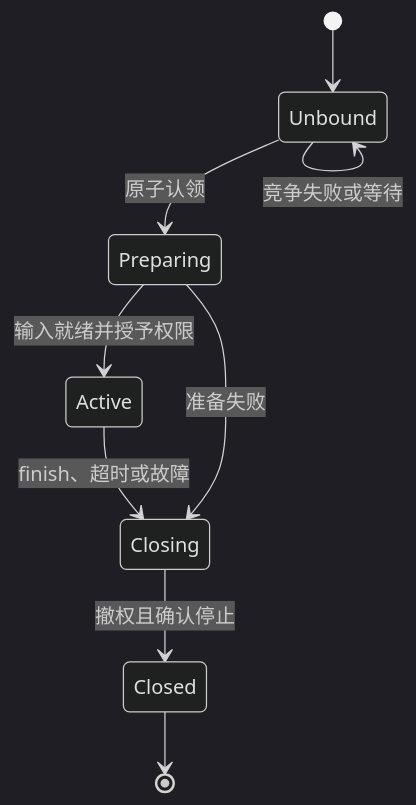
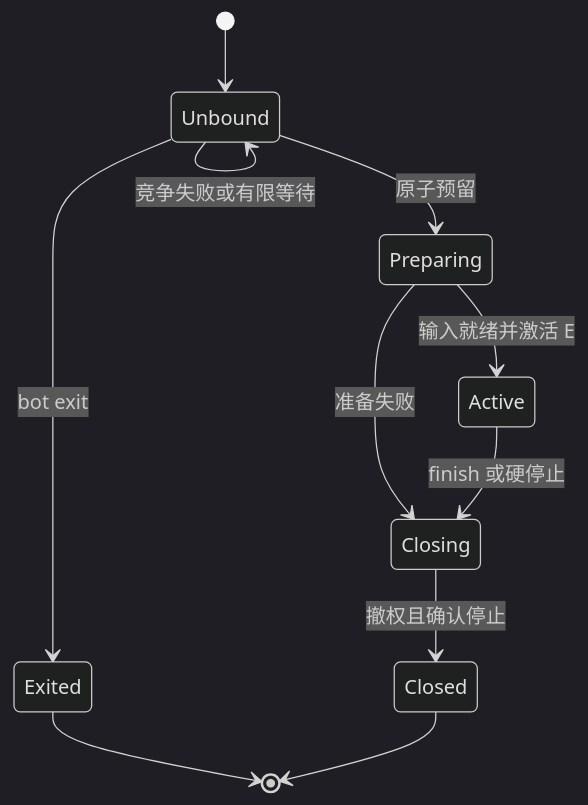
The second of 2 diagrams in docs/phases/0002-task-material-workspace/01-model-and-runtime.md (LuNa-shi/murm), drawn with Mermaid (dark theme) before and after one commit. The commit also changed other lines of this file and 10 other files, not shown here.

First line of the commit message:
docs: close design flows and use workspace files for candidates

````diff
--- a/docs/phases/0002-task-material-workspace/01-model-and-runtime.md
+++ b/docs/phases/0002-task-material-workspace/01-model-and-runtime.md
@@ -101,11 +110,13 @@
 ```mermaid
 stateDiagram-v2
     [*] --> Unbound
-    Unbound --> Preparing: 原子认领
-    Unbound --> Unbound: 竞争失败或等待
-    Preparing --> Active: 输入就绪并授予权限
+    Unbound --> Preparing: 原子预留
+    Unbound --> Unbound: 竞争失败或有限等待
+    Unbound --> Exited: bot exit
+    Preparing --> Active: 输入就绪并激活 E
     Preparing --> Closing: 准备失败
-    Active --> Closing: finish、超时或故障
+    Active --> Closing: finish 或硬停止
     Closing --> Closed: 撤权且确认停止
+    Exited --> [*]
     Closed --> [*]
 ```
````
